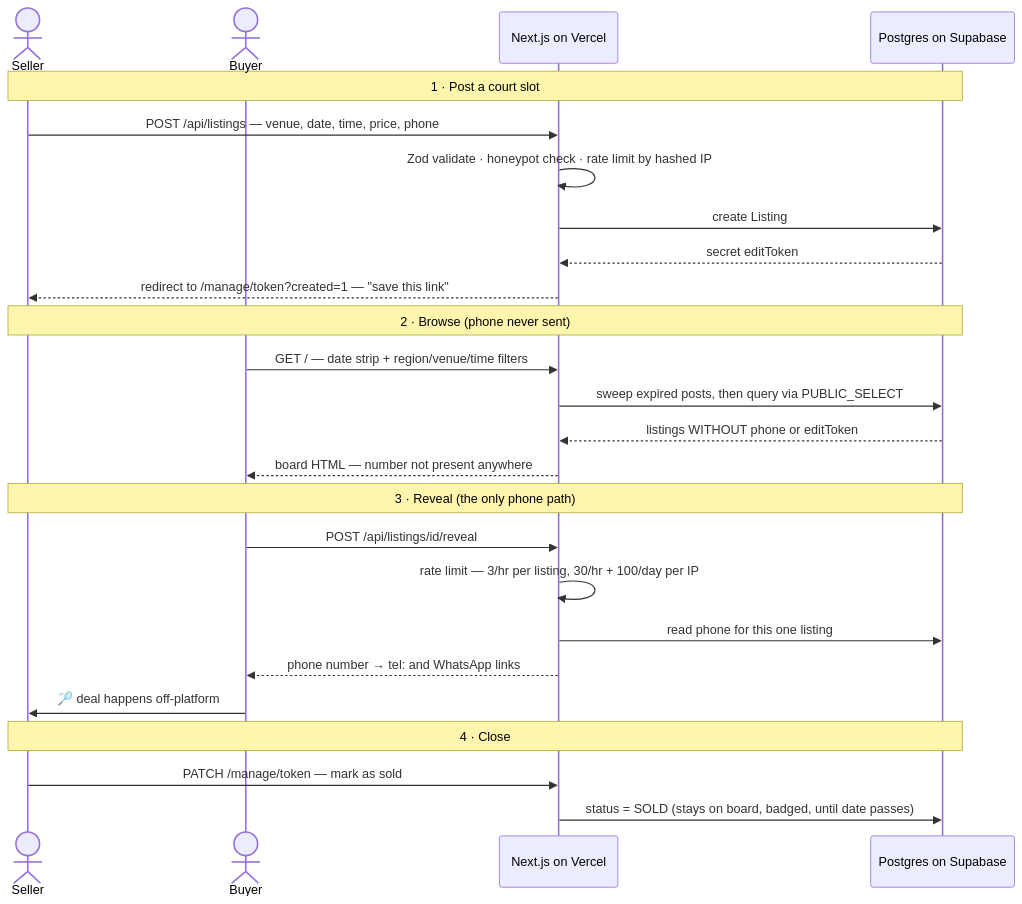
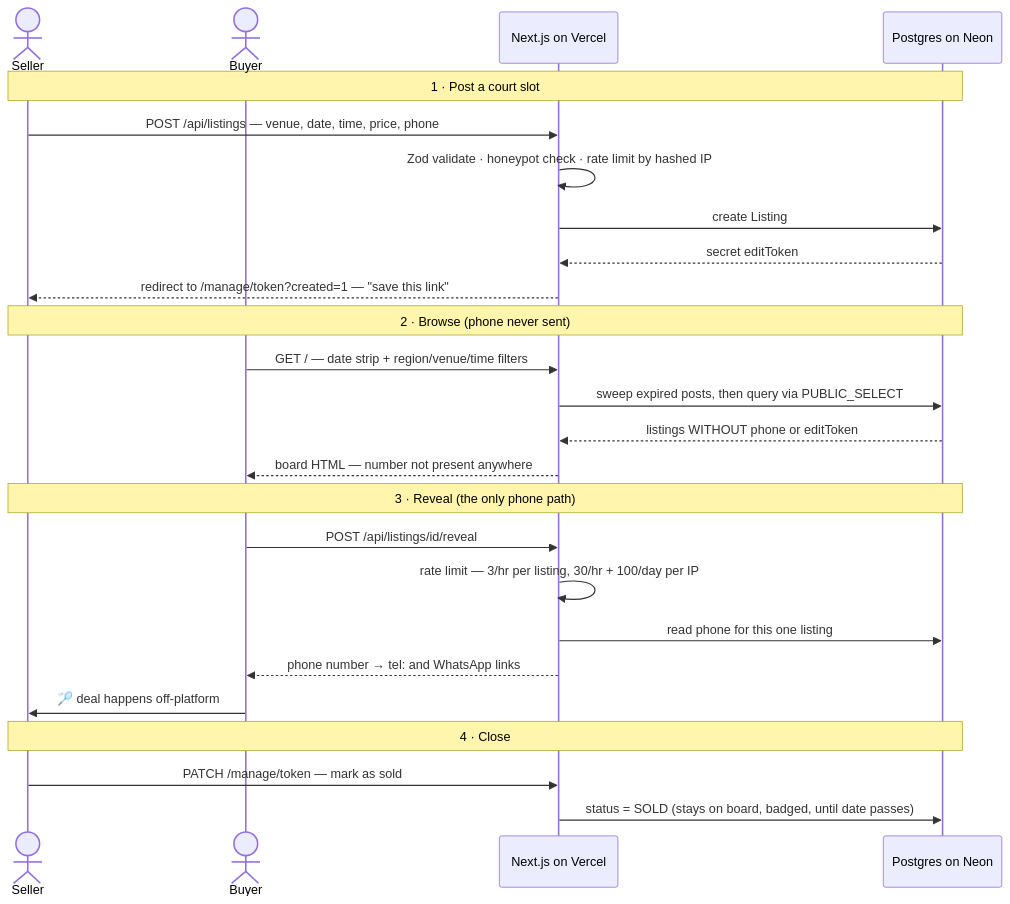
Before and after one commit to lcjj346/BadmintonCourts: the third of 3 diagrams in README.md, drawn with Mermaid. The commit also changed other lines of this file and 28 other files, not shown here.

````diff
--- a/README.md
+++ b/README.md
@@ -158,31 +177,31 @@
 ```mermaid
 sequenceDiagram
     actor S as Seller
     actor B as Buyer
     participant App as Next.js on Vercel
-    participant DB as Postgres on Supabase
+    participant DB as Postgres on Neon
 
     Note over S,DB: 1 · Post a court slot
     S->>App: POST /api/listings — venue, date, time, price, phone
     App->>App: Zod validate · honeypot check · rate limit by hashed IP
     App->>DB: create Listing
     DB-->>App: secret editToken
     App-->>S: redirect to /manage/token?created=1 — "save this link"
 
     Note over S,DB: 2 · Browse (phone never sent)
     B->>App: GET / — date strip + region/venue/time filters
     App->>DB: sweep expired posts, then query via PUBLIC_SELECT
     DB-->>App: listings WITHOUT phone or editToken
     App-->>B: board HTML — number not present anywhere
 
     Note over S,DB: 3 · Reveal (the only phone path)
     B->>App: POST /api/listings/id/reveal
     App->>App: rate limit — 3/hr per listing, 30/hr + 100/day per IP
     App->>DB: read phone for this one listing
     App-->>B: phone number → tel: and WhatsApp links
     B->>S: 🏸 deal happens off-platform
 
     Note over S,DB: 4 · Close
     S->>App: PATCH /manage/token — mark as sold
     App->>DB: status = SOLD (stays on board, badged, until date passes)
 ```
````
